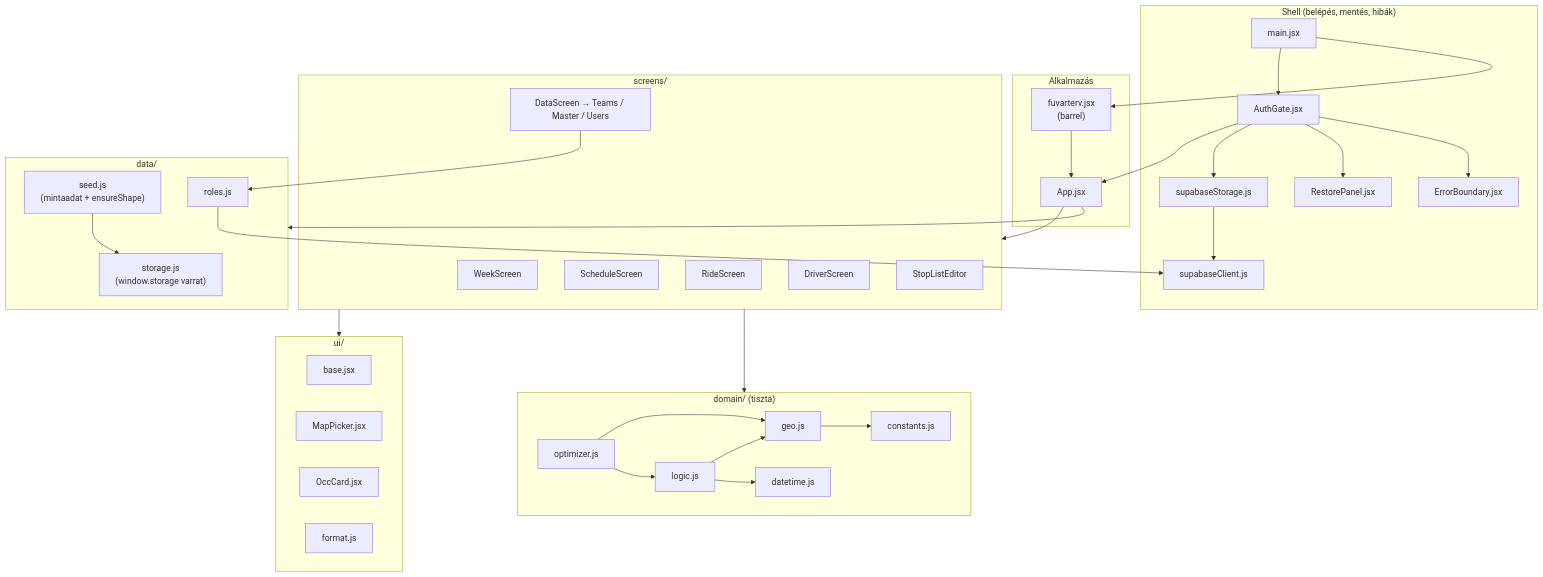
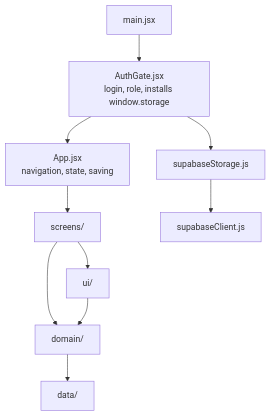
One commit to botond-berta/fuvarterv changed the second of 4 diagrams in docs/ARCHITECTURE.md. Above: the diagram before and after it, drawn with Mermaid. The commit also changed other lines of this file and 70 other files, not shown here.

````diff
--- a/docs/ARCHITECTURE.md
+++ b/docs/ARCHITECTURE.md
@@ -189,61 +165,11 @@
 ```mermaid
 flowchart TD
-    subgraph shell["Shell (belépés, mentés, hibák)"]
-        main["main.jsx"]
-        gate["AuthGate.jsx"]
-        restore["RestorePanel.jsx"]
-        eb["ErrorBoundary.jsx"]
-        sstore["supabaseStorage.js"]
-        sclient["supabaseClient.js"]
-    end
-
-    subgraph appl["Alkalmazás"]
-        barrel["fuvarterv.jsx<br/>(barrel)"]
-        App["App.jsx"]
-    end
-
-    subgraph screens["screens/"]
-        Week["WeekScreen"]
-        Sched["ScheduleScreen"]
-        Data["DataScreen → Teams / Master / Users"]
-        Ride["RideScreen"]
-        Driver["DriverScreen"]
-        Stops["StopListEditor"]
-    end
-
-    subgraph ui["ui/"]
-        base["base.jsx"]
-        map["MapPicker.jsx"]
-        occ["OccCard.jsx"]
-        fmt["format.js"]
-    end
-
-    subgraph domain["domain/ (tiszta)"]
-        opt["optimizer.js"]
-        logic["logic.js"]
-        geo["geo.js"]
-        dt["datetime.js"]
-        konst["constants.js"]
-    end
-
-    subgraph data["data/"]
-        storage["storage.js<br/>(window.storage varrat)"]
-        seed["seed.js<br/>(mintaadat + ensureShape)"]
-        roles["roles.js"]
-    end
-
-    main --> gate --> App
-    main --> barrel --> App
-    gate --> sstore --> sclient
-    gate --> restore
-    gate --> eb
-    App --> screens
-    screens --> ui
-    screens --> domain
-    App --> data
-    opt --> logic --> geo --> konst
-    opt --> geo
-    logic --> dt
-    seed --> storage
-    Data --> roles --> sclient
+    main["main.jsx"] --> gate["AuthGate.jsx<br/>login, role, installs window.storage"]
+    gate --> app["App.jsx<br/>navigation, state, saving"]
+    app --> screens["screens/"]
+    screens --> ui["ui/"]
+    screens --> domain["domain/"]
+    ui --> domain
+    domain --> data["data/"]
+    gate --> store["supabaseStorage.js"] --> client["supabaseClient.js"]
 ```
````
